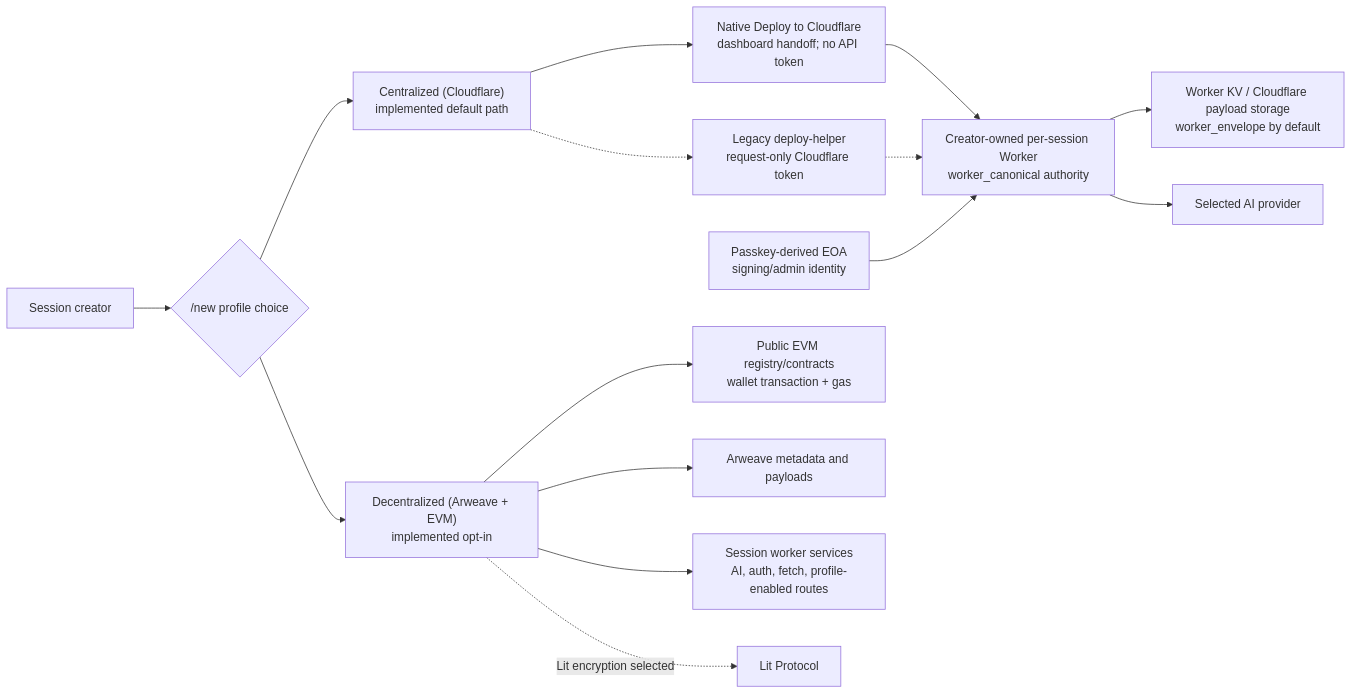
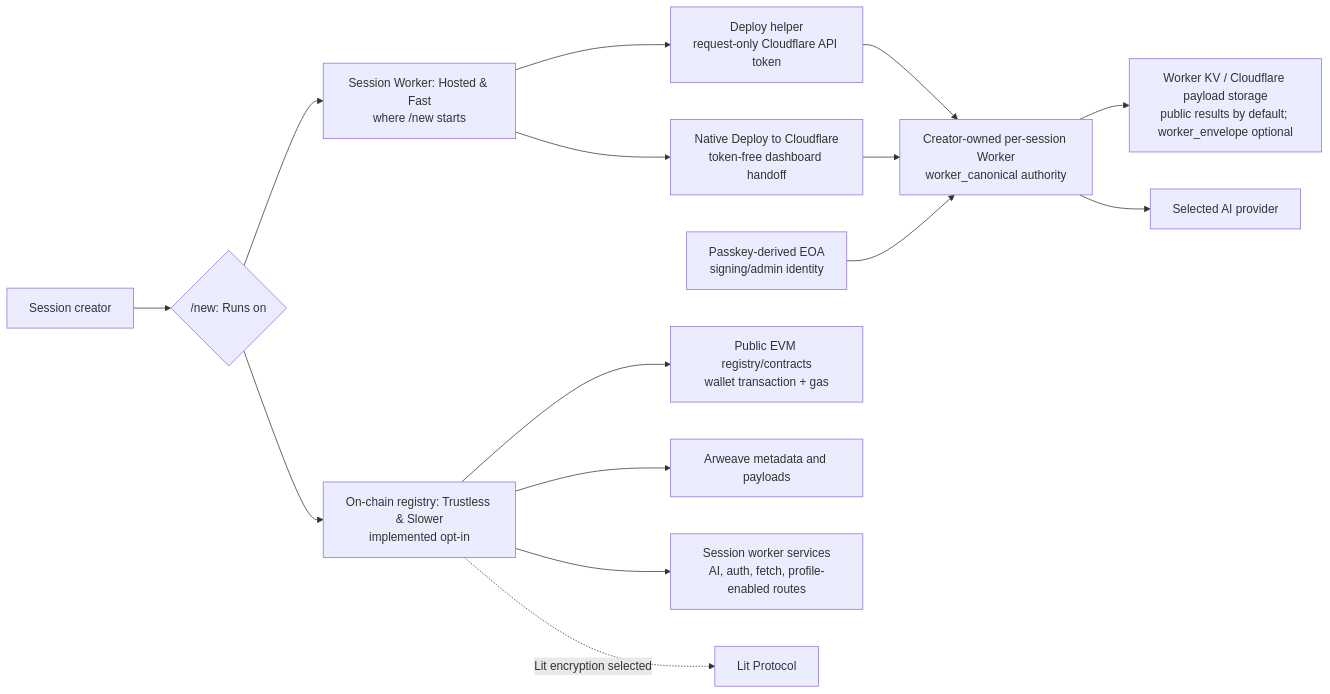
One commit to AgalmicSoftware/context-engine changed the first of 2 diagrams in ARCHITECTURE.md. Above: the diagram before and after it, drawn with Mermaid. The commit also changed other lines of this file and 11 other files, not shown here.

````diff
--- a/ARCHITECTURE.md
+++ b/ARCHITECTURE.md
@@ -17,19 +17,19 @@
 ```mermaid
 flowchart LR
-  Creator["Session creator"] --> Choice{"/new profile choice"}
-  Choice --> Hosted["Centralized (Cloudflare)<br/>implemented default path"]
-  Choice --> Trustless["Decentralized (Arweave + EVM)<br/>implemented opt-in"]
+  Creator["Session creator"] --> Choice{"/new: Runs on"}
+  Choice --> Hosted["Session Worker: Hosted & Fast<br/>where /new starts"]
+  Choice --> Trustless["On-chain registry: Trustless & Slower<br/>implemented opt-in"]
 
-  Hosted --> NativeDeploy["Native Deploy to Cloudflare<br/>dashboard handoff; no API token"]
-  NativeDeploy --> Worker["Creator-owned per-session Worker<br/>worker_canonical authority"]
-  Hosted -.-> LegacyHelper["Legacy deploy-helper<br/>request-only Cloudflare token"]
-  LegacyHelper -.-> Worker
-  Worker --> Cloudflare["Worker KV / Cloudflare payload storage<br/>worker_envelope by default"]
+  Hosted --> DeployHelper["Deploy helper<br/>request-only Cloudflare API token"]
+  Hosted --> NativeDeploy["Native Deploy to Cloudflare<br/>token-free dashboard handoff"]
+  DeployHelper --> Worker["Creator-owned per-session Worker<br/>worker_canonical authority"]
+  NativeDeploy --> Worker
+  Worker --> Cloudflare["Worker KV / Cloudflare payload storage<br/>public results by default; worker_envelope optional"]
   Worker --> AI["Selected AI provider"]
   Passkey["Passkey-derived EOA<br/>signing/admin identity"] --> Worker
 
   Trustless --> EVM["Public EVM registry/contracts<br/>wallet transaction + gas"]
   Trustless --> Arweave["Arweave metadata and payloads"]
   Trustless --> WorkerServices["Session worker services<br/>AI, auth, fetch, profile-enabled routes"]
   Trustless -.->|Lit encryption selected| Lit["Lit Protocol"]
 ```
````
